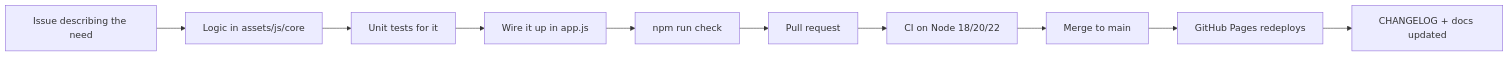
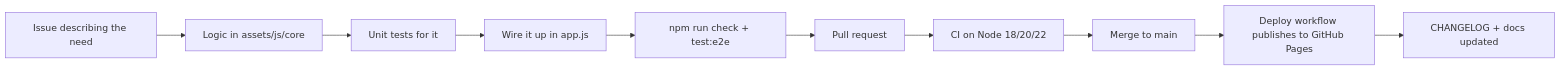
One commit to Msheez/ai-prompt-toolkit changed the diagram in docs/ROADMAP.md. Above: the diagram before and after it, drawn with Mermaid. The commit also changed other lines of this file and 6 other files, not shown here.

First line of the commit message:
docs: v3.2 privacy, security, storage and deployment docs, roadmap matrix, changelog

````diff
--- a/docs/ROADMAP.md
+++ b/docs/ROADMAP.md
@@ -102,12 +89,12 @@
 ```mermaid
 flowchart LR
     IDEA[Issue describing the need] --> CORE[Logic in assets/js/core]
     CORE --> TESTS[Unit tests for it]
     TESTS --> UI[Wire it up in app.js]
-    UI --> CHECK[npm run check]
+    UI --> CHECK[npm run check + test:e2e]
     CHECK --> PR[Pull request]
     PR --> CI[CI on Node 18/20/22]
     CI --> MERGE[Merge to main]
-    MERGE --> PAGES[GitHub Pages redeploys]
+    MERGE --> PAGES[Deploy workflow publishes to GitHub Pages]
     PAGES --> DOC[CHANGELOG + docs updated]
 ```
````
